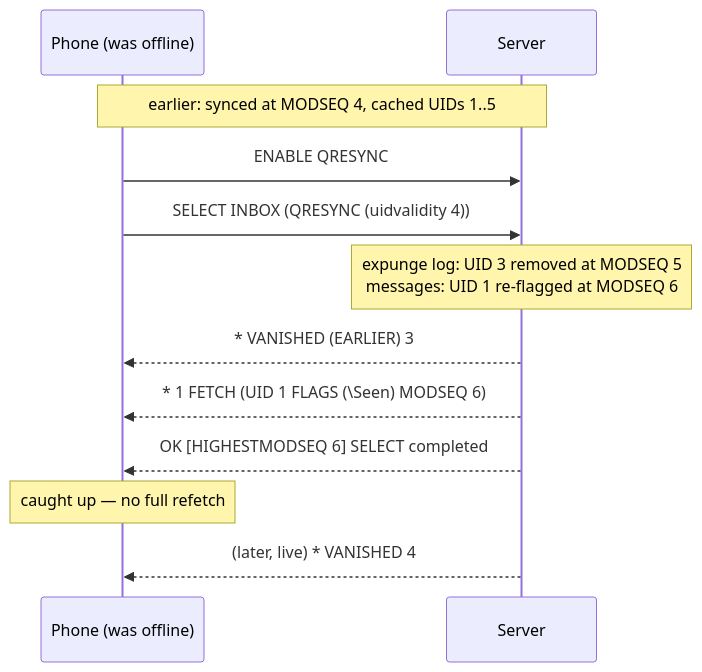
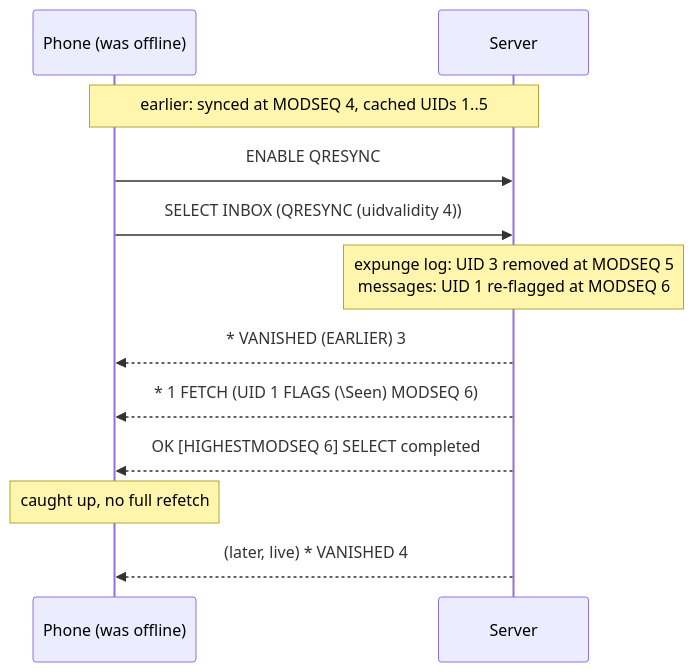
One commit to jamie-lord/cutiemail changed the fifth of 6 diagrams in docs/ARCHITECTURE.md. Above: the diagram before and after it, drawn with Mermaid. The commit also changed other lines of this file and 58 other files, not shown here.

````diff
--- a/docs/ARCHITECTURE.md
+++ b/docs/ARCHITECTURE.md
@@ -197,14 +196,14 @@
 ```mermaid
 sequenceDiagram
     participant P as Phone (was offline)
     participant S as Server
     Note over P,S: earlier: synced at MODSEQ 4, cached UIDs 1..5
     P->>S: ENABLE QRESYNC
     P->>S: SELECT INBOX (QRESYNC (uidvalidity 4))
     Note over S: expunge log: UID 3 removed at MODSEQ 5<br/>messages: UID 1 re-flagged at MODSEQ 6
     S-->>P: * VANISHED (EARLIER) 3
     S-->>P: * 1 FETCH (UID 1 FLAGS (\Seen) MODSEQ 6)
     S-->>P: OK [HIGHESTMODSEQ 6] SELECT completed
-    Note over P: caught up — no full refetch
+    Note over P: caught up, no full refetch
     S-->>P: (later, live) * VANISHED 4
 ```
````
